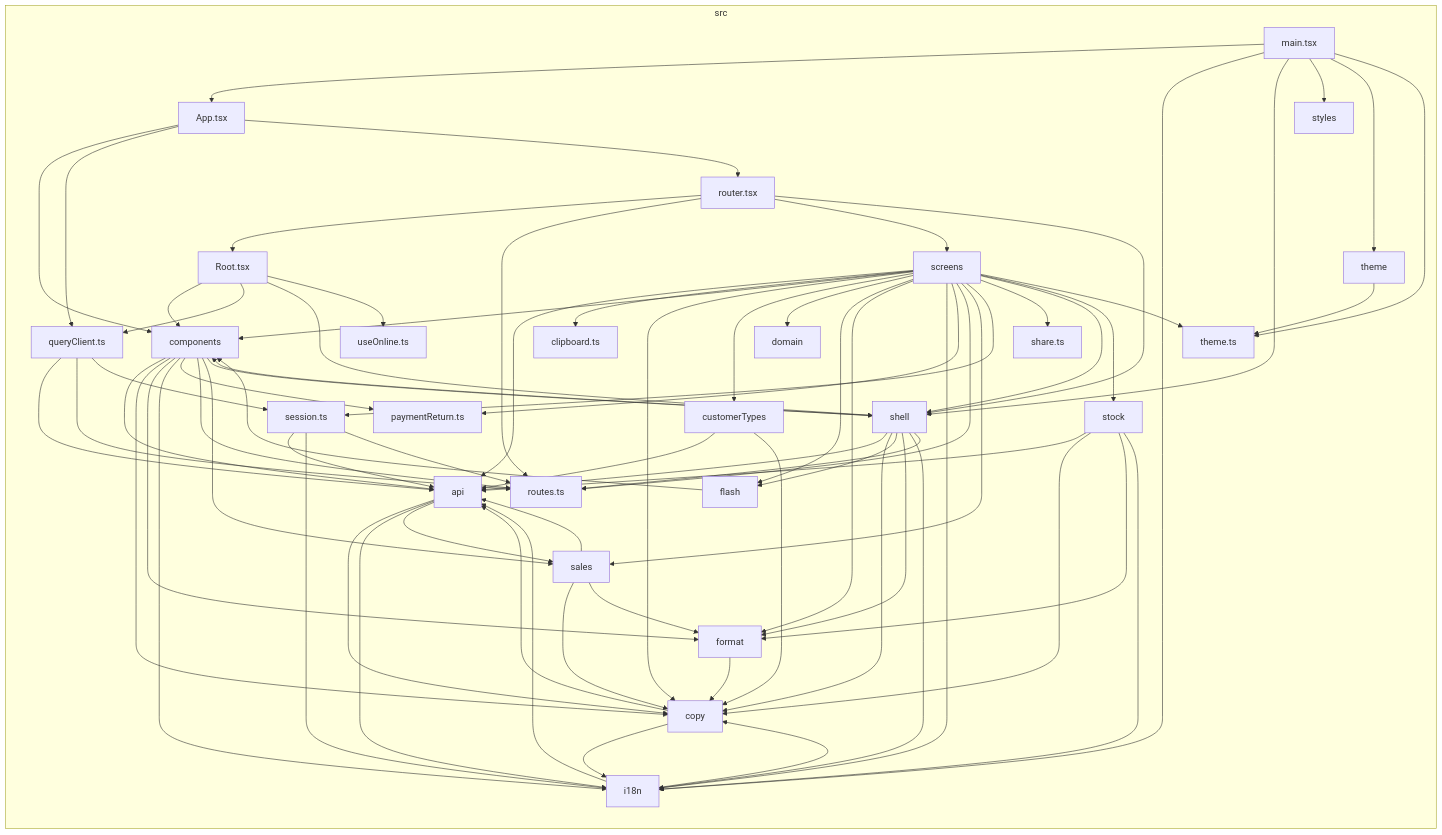
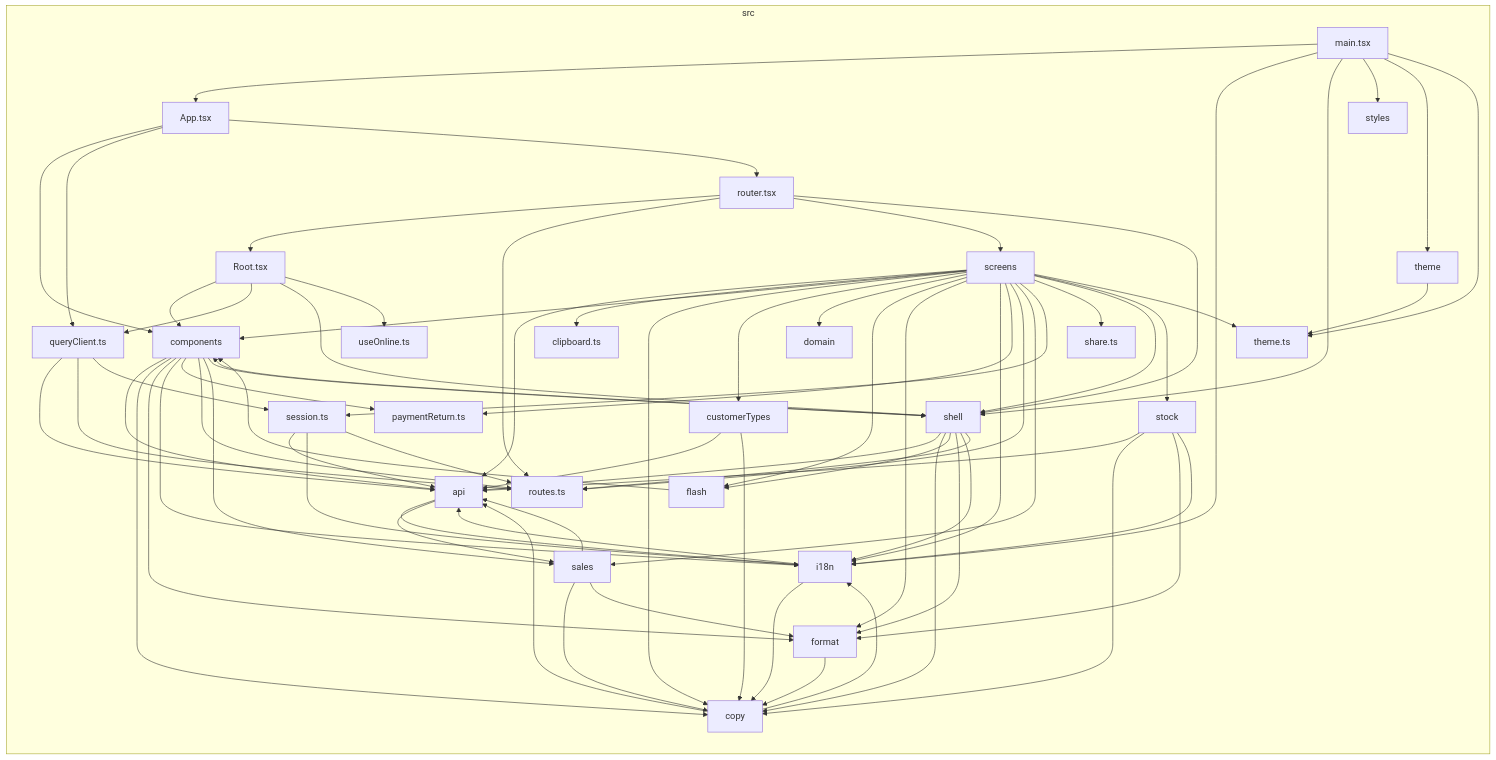
The diagram in docs/architecture/generated/front-modules/overview.md (GonzaloZevallos/apostrophe), drawn with Mermaid before and after one commit. The commit also changed 1 other file, not shown here.

Commit message:
Regenerate the front-modules docs for the new i18n modules

```diff
--- a/docs/architecture/generated/front-modules/overview.md
+++ b/docs/architecture/generated/front-modules/overview.md
@@ -41,7 +41,6 @@
 src_Root_tsx-->src_queryClient_ts
 src_Root_tsx-->src_shell
 src_Root_tsx-->src_useOnline_ts
-src_api-->src_copy
 src_api-->src_i18n
 src_api-->src_sales
 src_components-->src_api
```
